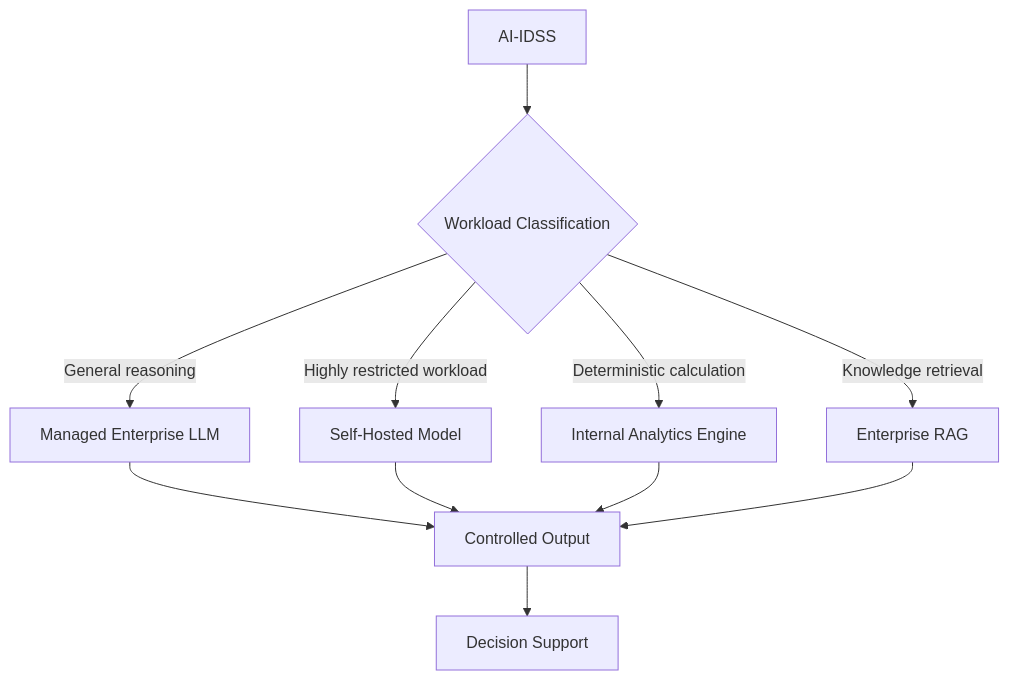
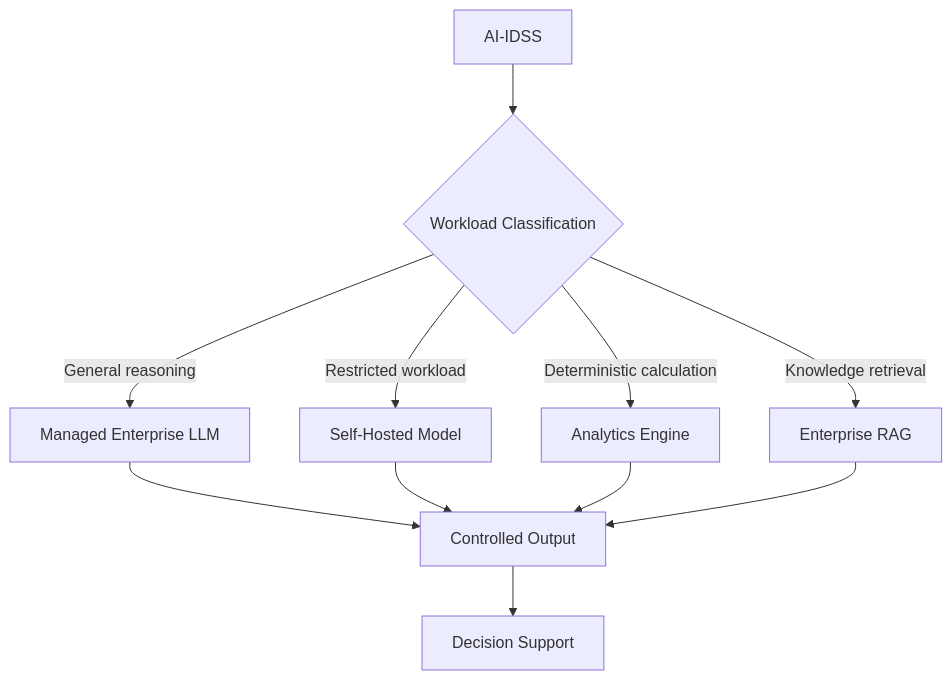
Before and after one commit to huda-salam/ai-architecture-advisor-book: the sixth of 12 diagrams in docs/chapters/09-enterprise-llm-architecture.md, drawn with Mermaid. The commit also changed other lines of this file, not shown here.

Commit message:
Harden Chapter 9 enterprise LLM architecture foundation

````diff
--- a/docs/chapters/09-enterprise-llm-architecture.md
+++ b/docs/chapters/09-enterprise-llm-architecture.md
@@ -238,14 +268,14 @@
 ```mermaid
 flowchart TD
     A[AI-IDSS] --> B{Workload Classification}
     B -->|General reasoning| C[Managed Enterprise LLM]
-    B -->|Highly restricted workload| D[Self-Hosted Model]
-    B -->|Deterministic calculation| E[Internal Analytics Engine]
+    B -->|Restricted workload| D[Self-Hosted Model]
+    B -->|Deterministic calculation| E[Analytics Engine]
     B -->|Knowledge retrieval| F[Enterprise RAG]
 
     C --> G[Controlled Output]
     D --> G
     E --> G
     F --> G
     G --> H[Decision Support]
 ```
````
